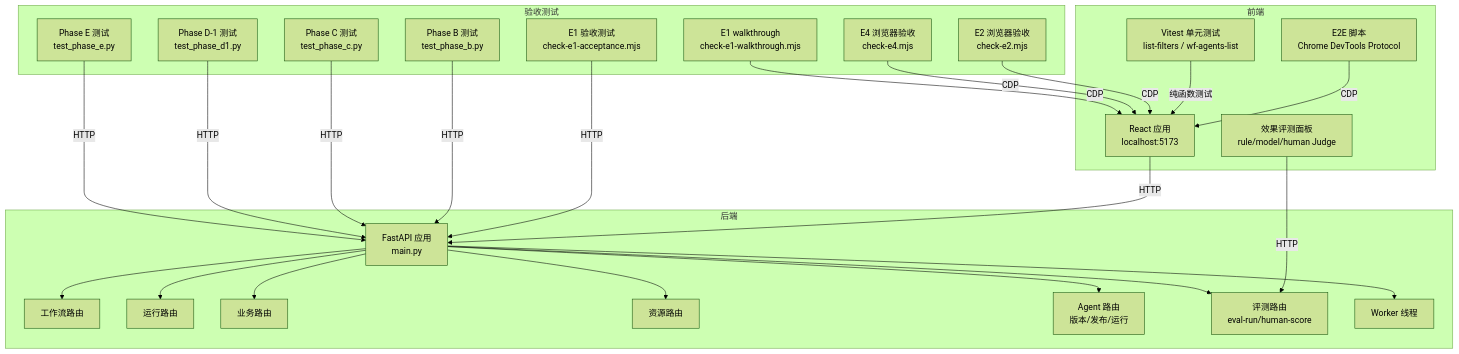
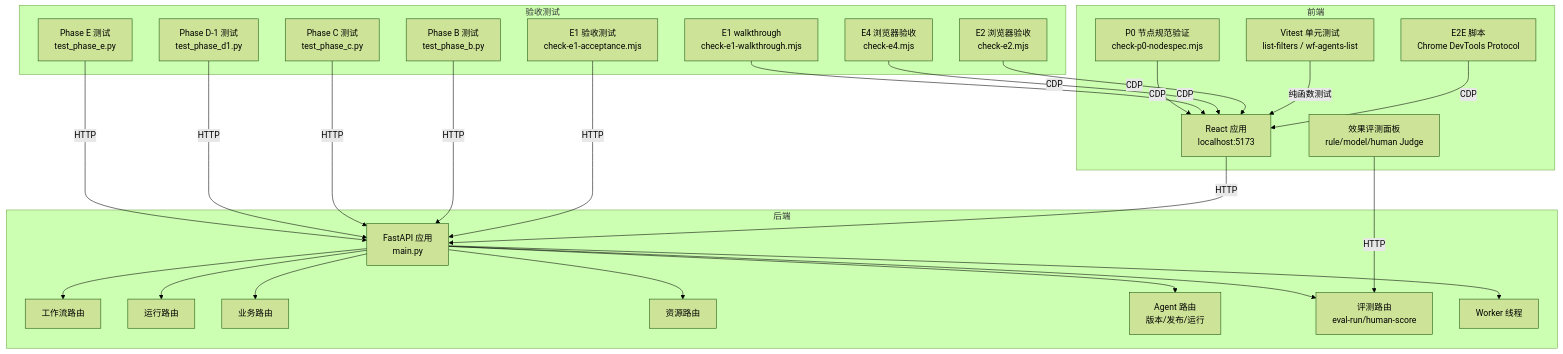
Before and after one commit to huiliuxu780/MoreThanCorn: the first of 2 diagrams in .qoder/repowiki/zh/content/测试与验证体系.md, drawn with Mermaid (forest theme). The commit also changed other lines of this file and 53 other files, not shown here.

````diff
--- a/.qoder/repowiki/zh/content/测试与验证体系.md
+++ b/.qoder/repowiki/zh/content/测试与验证体系.md
@@ -70,48 +70,50 @@
 ```mermaid
 graph TB
 subgraph "后端"
 A["FastAPI 应用<br/>main.py"]
 R1["工作流路由"]
 R2["运行路由"]
 R3["业务路由"]
 R4["资源路由"]
 R5["Agent 路由<br/>版本/发布/运行"]
 R6["评测路由<br/>eval-run/human-score"]
 W["Worker 线程"]
 end
 subgraph "前端"
 FE["React 应用<br/>localhost:5173"]
 VT["Vitest 单元测试<br/>list-filters / wf-agents-list"]
 EP["效果评测面板<br/>rule/model/human Judge"]
 E2E["E2E 脚本<br/>Chrome DevTools Protocol"]
+NP["P0 节点规范验证<br/>check-p0-nodespec.mjs"]
 end
 subgraph "验收测试"
 E1["E1 验收测试<br/>check-e1-acceptance.mjs"]
 E2["E2 浏览器验收<br/>check-e2.mjs"]
 E4["E4 浏览器验收<br/>check-e4.mjs"]
 WT["E1 walkthrough<br/>check-e1-walkthrough.mjs"]
 TB["Phase B 测试<br/>test_phase_b.py"]
 TC["Phase C 测试<br/>test_phase_c.py"]
 TD["Phase D-1 测试<br/>test_phase_d1.py"]
 TE["Phase E 测试<br/>test_phase_e.py"]
 end
 FE --> |HTTP| A
 E2E --> |CDP| FE
 VT --> |纯函数测试| FE
 EP --> |HTTP| R6
 E1 --> |HTTP| A
 E2 --> |CDP| FE
 E4 --> |CDP| FE
 WT --> |CDP| FE
+NP --> |CDP| FE
 TB --> |HTTP| A
 TC --> |HTTP| A
 TD --> |HTTP| A
 TE --> |HTTP| A
 A --> W
 A --> R1
 A --> R2
 A --> R3
 A --> R4
 A --> R5
 A --> R6
 ```
````
